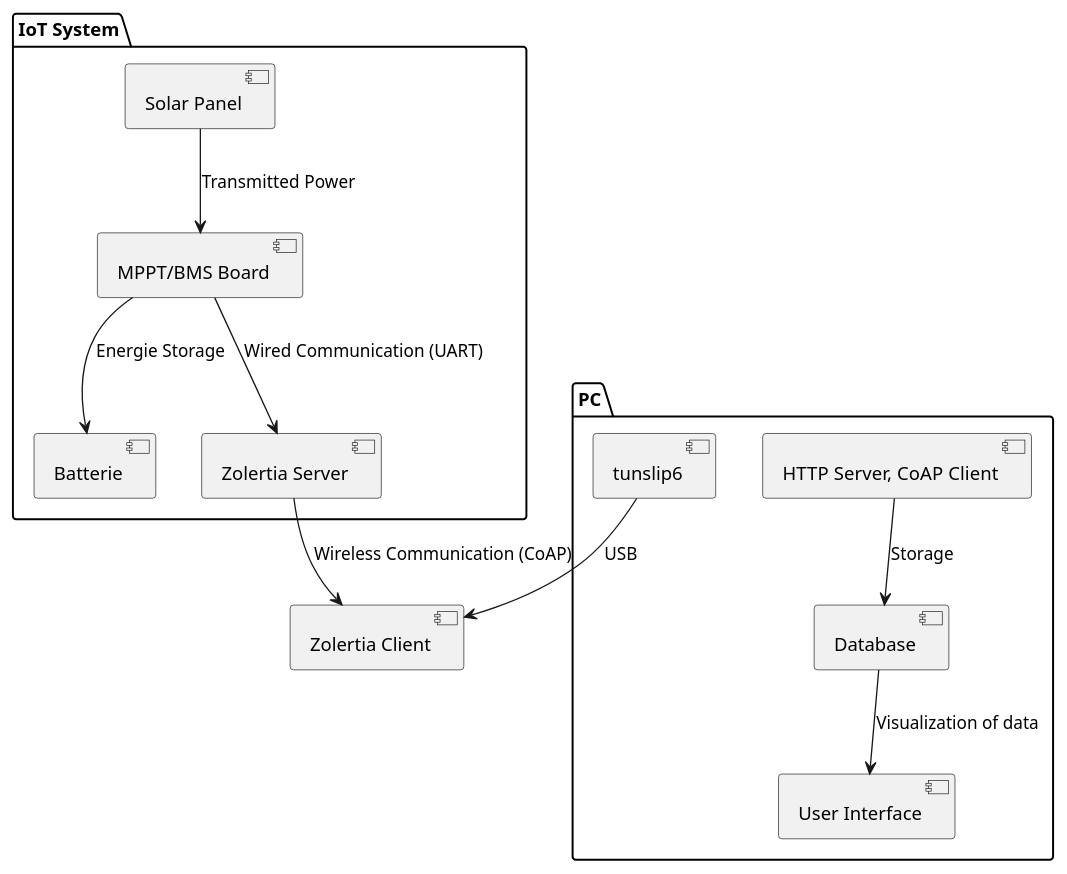
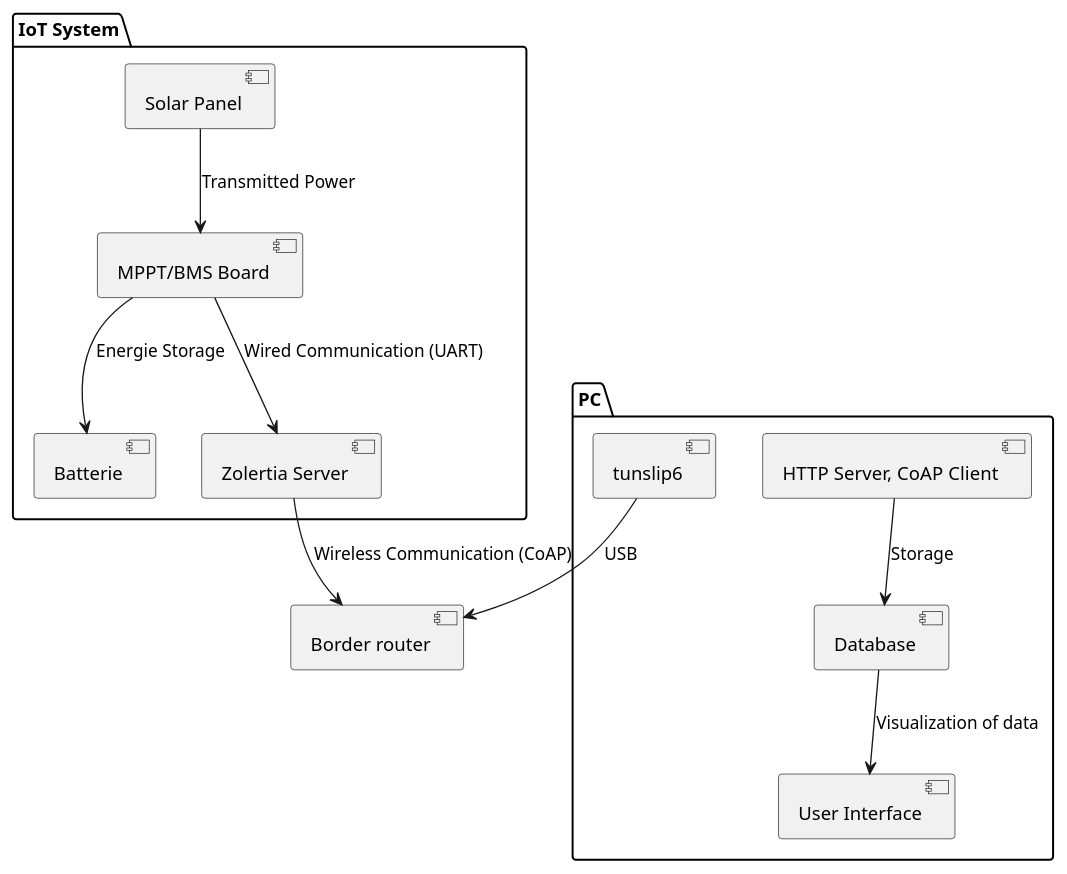
Before and after one commit to Tristemps/MIoT-Project: the diagram in diagram.puml, drawn with PlantUML. The commit also changed 2 other files, not shown here.

```diff
--- a/diagram.puml
+++ b/diagram.puml
@@ -1,16 +1,16 @@
 @startuml
 package "IoT System" {
     [Solar Panel] --> [MPPT/BMS Board] : "Transmitted Power"
     [MPPT/BMS Board] --> [Batterie] : "Energie Storage"
     [MPPT/BMS Board] --> [Zolertia Server] : "Wired Communication (UART)"
 }
 
-    [Zolertia Server] --> [Zolertia Client] : "Wireless Communication (CoAP)"
+    [Zolertia Server] --> [Border router] : "Wireless Communication (CoAP)"
 
 package "PC" {
     [HTTP Server, CoAP Client] --> [Database] : "Storage"
-    [tunslip6] --> [Zolertia Client] : "USB"
+    [tunslip6] --> [Border router] : "USB"
     [Database] --> [User Interface] : "Visualization of data"
 }
 
 @enduml
```
